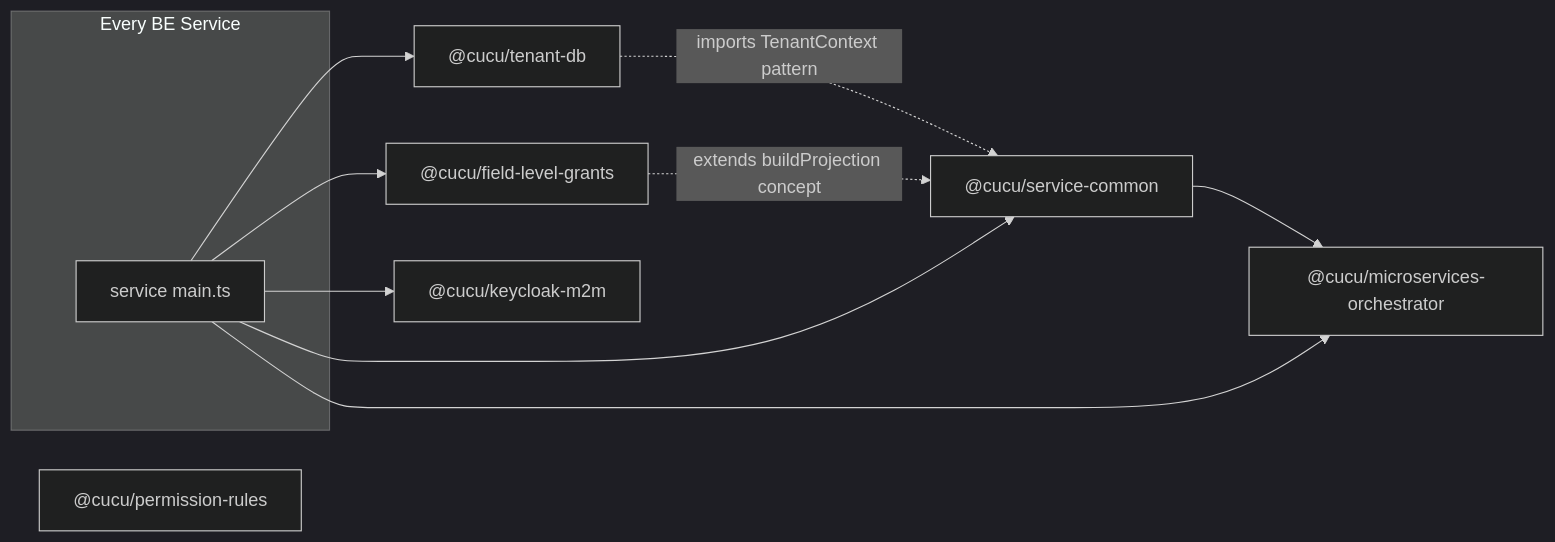
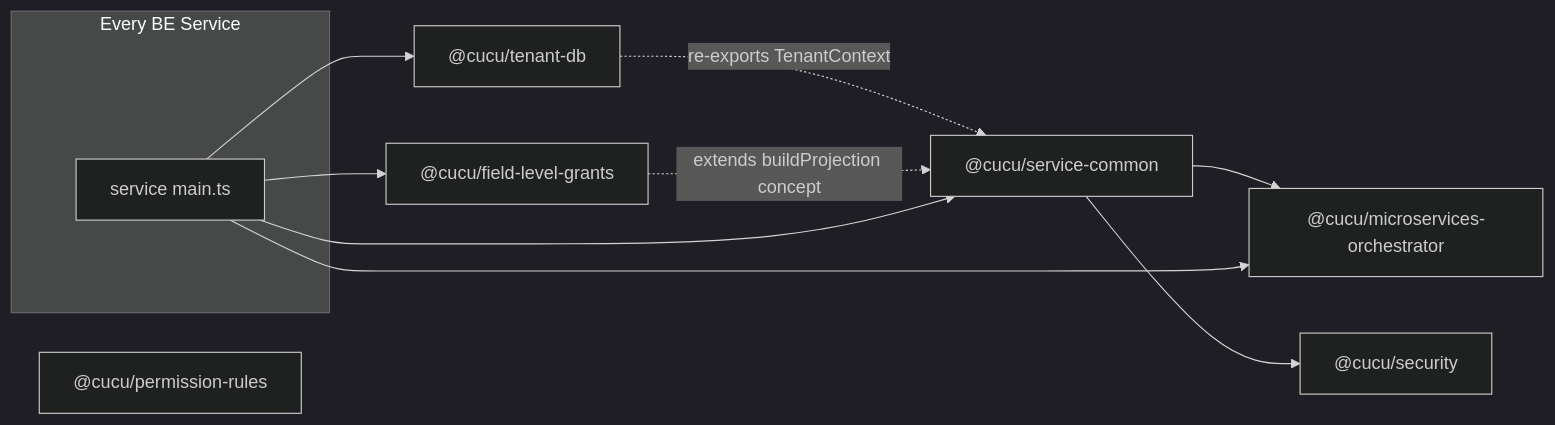
Before and after one commit to CucuProject/cucu-docs: the fourth of 4 diagrams in docs/shared/service-common.md, drawn with Mermaid (dark theme). The commit also changed other lines of this file and 17 other files, not shown here.

````diff
--- a/docs/shared/service-common.md
+++ b/docs/shared/service-common.md
@@ -564,24 +575,24 @@
 ```mermaid
 graph LR
     SC["@cucu/service-common"]
+    SEC["@cucu/security"]
     MO["@cucu/microservices-orchestrator"]
     TD["@cucu/tenant-db"]
     FLG["@cucu/field-level-grants"]
     PR["@cucu/permission-rules"]
-    KM["@cucu/keycloak-m2m"]
 
     SC --> MO
+    SC --> SEC
 
-    TD -.->|imports TenantContext pattern| SC
+    TD -.->|re-exports TenantContext| SC
     FLG -.->|extends buildProjection concept| SC
 
     subgraph "Every BE Service"
         SVC["service main.ts"]
     end
 
     SVC --> SC
     SVC --> TD
     SVC --> FLG
-    SVC --> KM
     SVC --> MO
 ```
````
